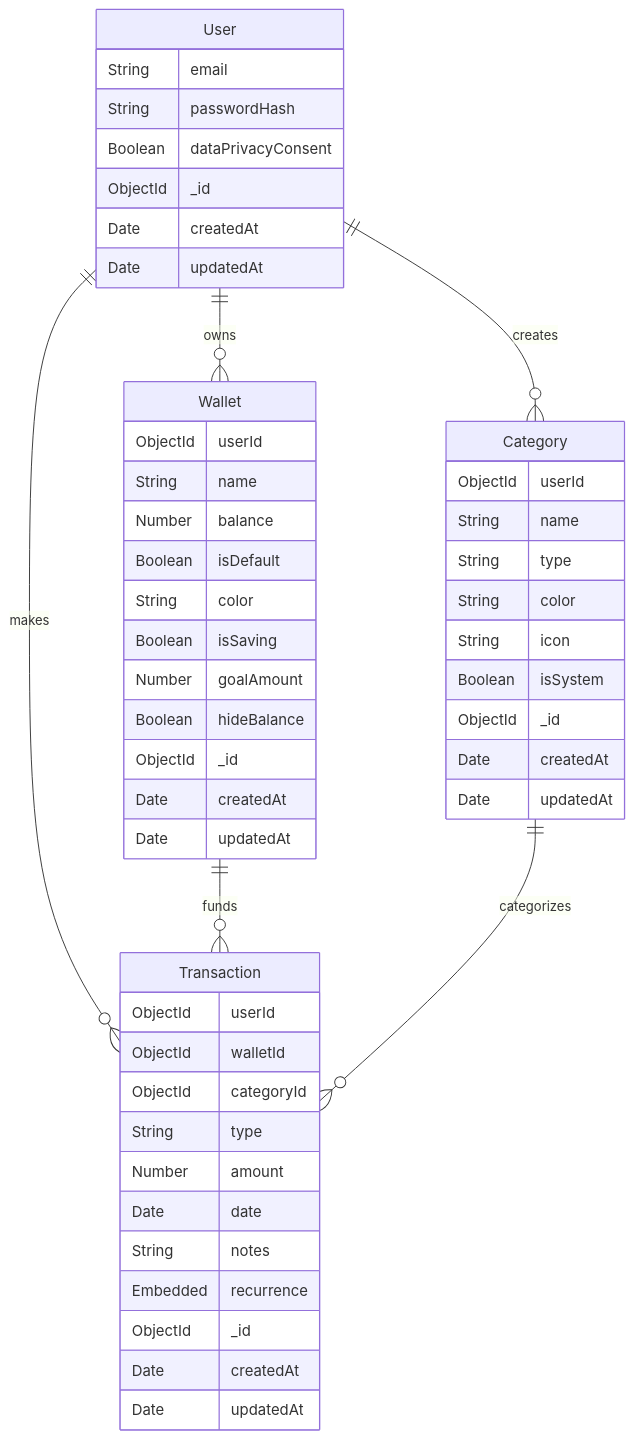
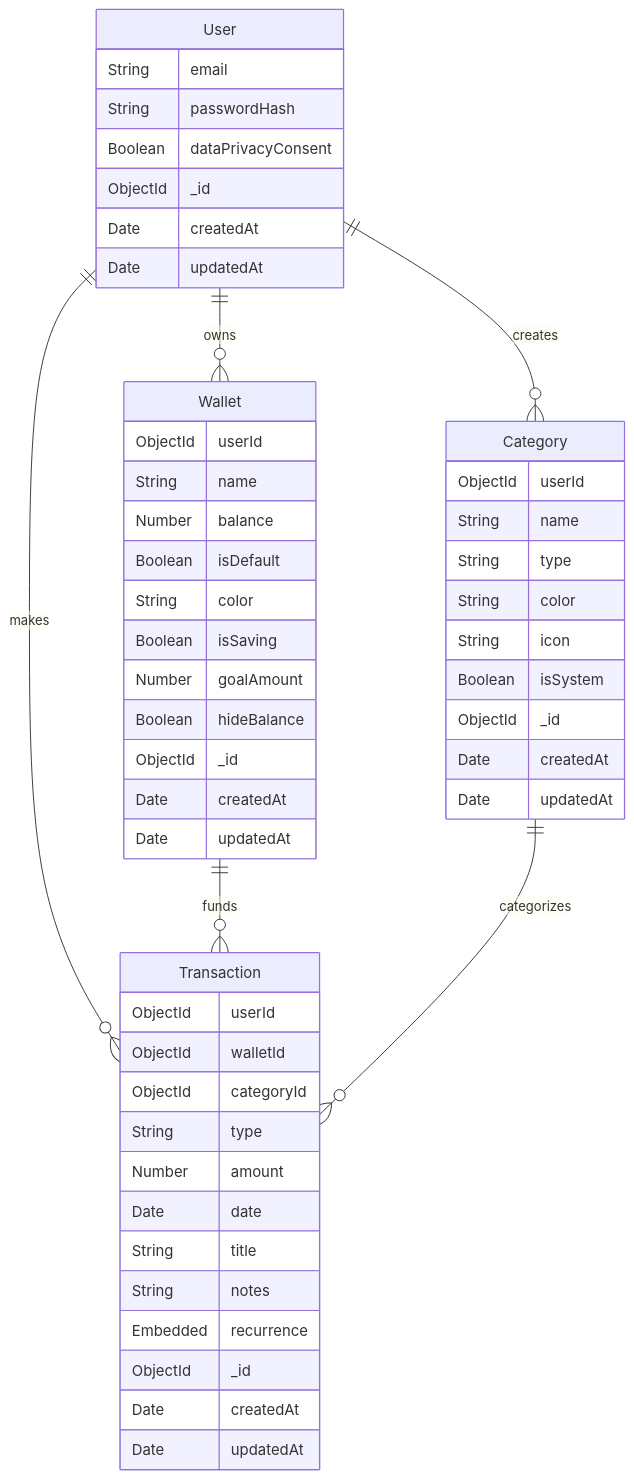
One commit to ComBiao/FinLover changed the diagram in docs/ERD.md. Above: the diagram before and after it, drawn with Mermaid. The commit also changed 16 other files, not shown here.

````diff
--- a/docs/ERD.md
+++ b/docs/ERD.md
@@ -3,58 +3,59 @@
 ```mermaid
 erDiagram
   User ||--o{ Wallet : "owns"
   User ||--o{ Category : "creates"
   User ||--o{ Transaction : "makes"
   Wallet ||--o{ Transaction : "funds"
   Category ||--o{ Transaction : "categorizes"
 
   User {
     String email
     String passwordHash
     Boolean dataPrivacyConsent
     ObjectId _id
     Date createdAt
     Date updatedAt
   }
 
   Wallet {
     ObjectId userId
     String name
     Number balance
     Boolean isDefault
     String color
     Boolean isSaving
     Number goalAmount
     Boolean hideBalance
     ObjectId _id
     Date createdAt
     Date updatedAt
   }
 
   Category {
     ObjectId userId
     String name
     String type
     String color
     String icon
     Boolean isSystem
     ObjectId _id
     Date createdAt
     Date updatedAt
   }
 
   Transaction {
     ObjectId userId
     ObjectId walletId
     ObjectId categoryId
     String type
     Number amount
     Date date
+    String title
     String notes
     Embedded recurrence
     ObjectId _id
     Date createdAt
     Date updatedAt
   }
 
 ```
````
